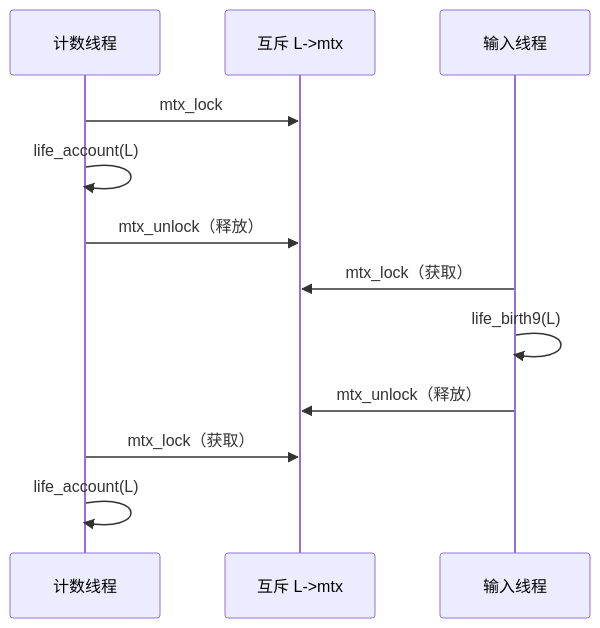
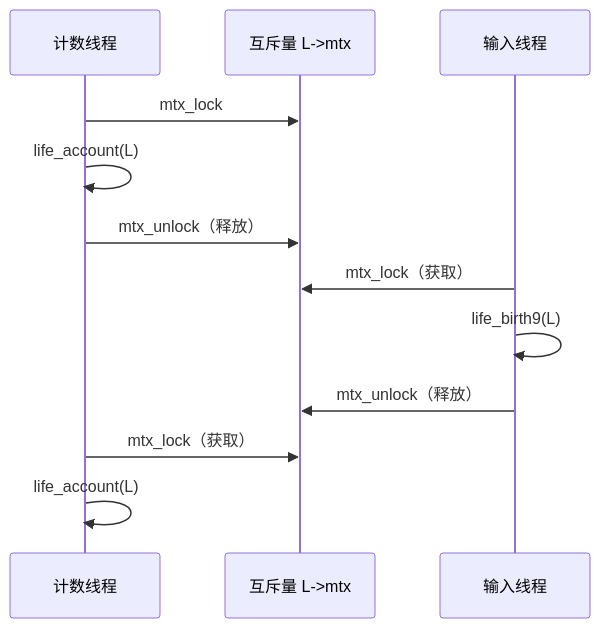
One commit to Mdr-C-Tutorial/C changed the second of 3 diagrams in docs/教程/ModernC/21_原子访问与内存一致性.md. Above: the diagram before and after it, drawn with Mermaid. The commit also changed other lines of this file and 26 other files, not shown here.

````diff
--- a/docs/教程/ModernC/21_原子访问与内存一致性.md
+++ b/docs/教程/ModernC/21_原子访问与内存一致性.md
@@ -198,14 +198,14 @@
 ```mermaid
 sequenceDiagram
     participant A as 计数线程
-    participant M as 互斥 L->mtx
+    participant M as 互斥量 L->mtx
     participant I as 输入线程
     A->>M: mtx_lock
     A->>A: life_account(L)
     A->>M: mtx_unlock（释放）
     I->>M: mtx_lock（获取）
     I->>I: life_birth9(L)
     I->>M: mtx_unlock（释放）
     A->>M: mtx_lock（获取）
     A->>A: life_account(L)
 ```
````
